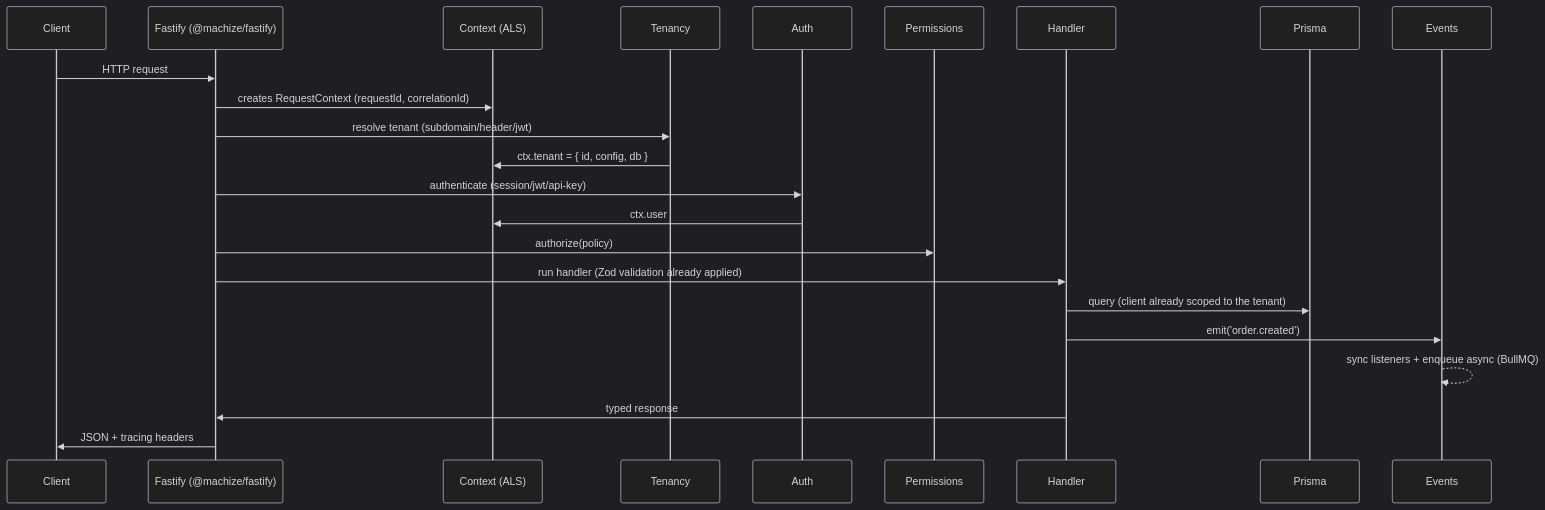
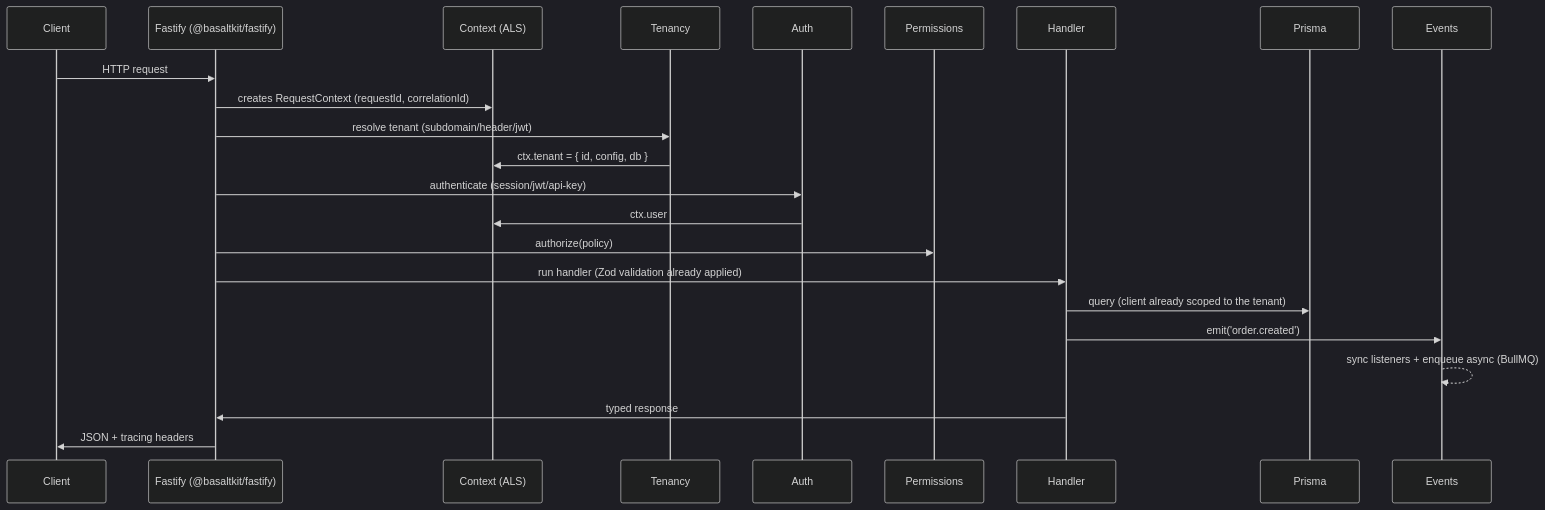
One commit to basaltkit/basalt changed the second of 4 diagrams in ARCHITECTURE.md. Above: the diagram before and after it, drawn with Mermaid (dark theme). The commit also changed other lines of this file and 624 other files, not shown here.

First line of the commit message:
rebrand: @machize -> @basaltkit (Basalt)

````diff
--- a/ARCHITECTURE.md
+++ b/ARCHITECTURE.md
@@ -171,26 +171,26 @@
 ```mermaid
 sequenceDiagram
     participant C as Client
-    participant F as Fastify (@machize/fastify)
+    participant F as Fastify (@basaltkit/fastify)
     participant CTX as Context (ALS)
     participant T as Tenancy
     participant A as Auth
     participant P as Permissions
     participant H as Handler
     participant PR as Prisma
     participant E as Events
 
     C->>F: HTTP request
     F->>CTX: creates RequestContext (requestId, correlationId)
     F->>T: resolve tenant (subdomain/header/jwt)
     T->>CTX: ctx.tenant = { id, config, db }
     F->>A: authenticate (session/jwt/api-key)
     A->>CTX: ctx.user
     F->>P: authorize(policy)
     F->>H: run handler (Zod validation already applied)
     H->>PR: query (client already scoped to the tenant)
     H->>E: emit('order.created')
     E-->>E: sync listeners + enqueue async (BullMQ)
     H->>F: typed response
     F->>C: JSON + tracing headers
 ```
````
